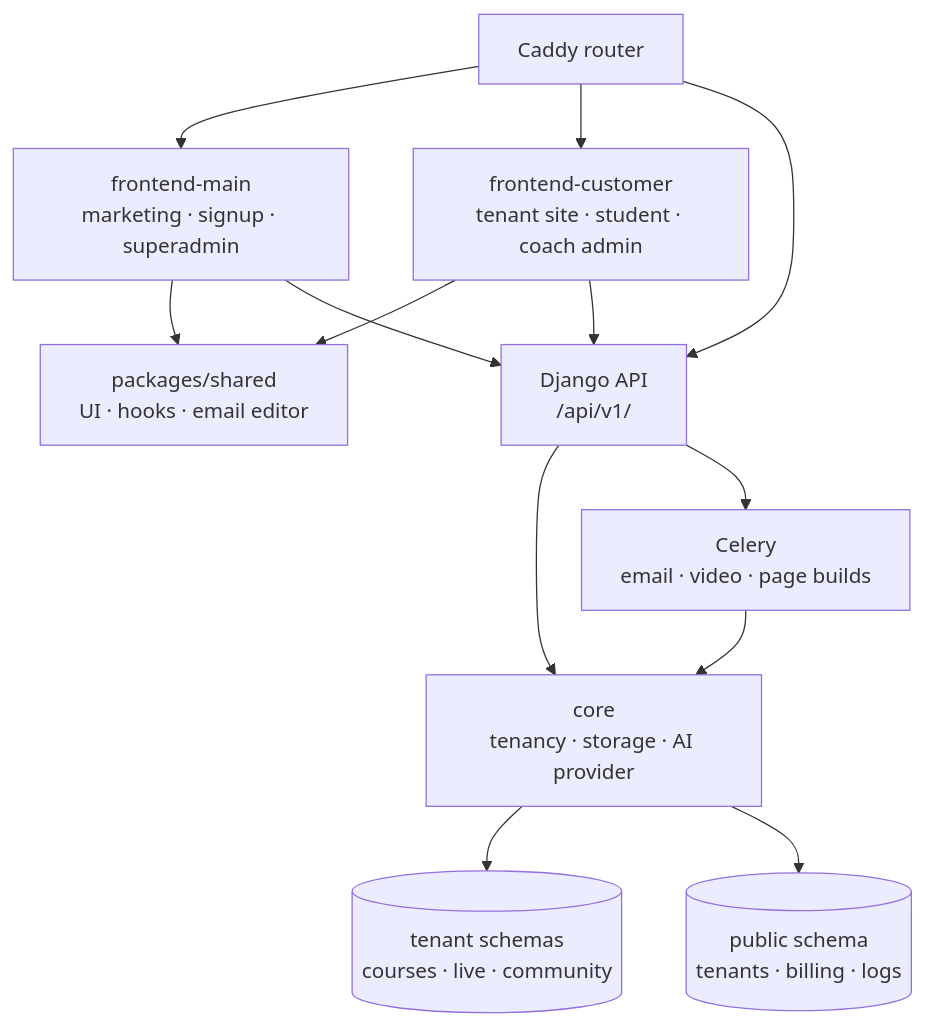
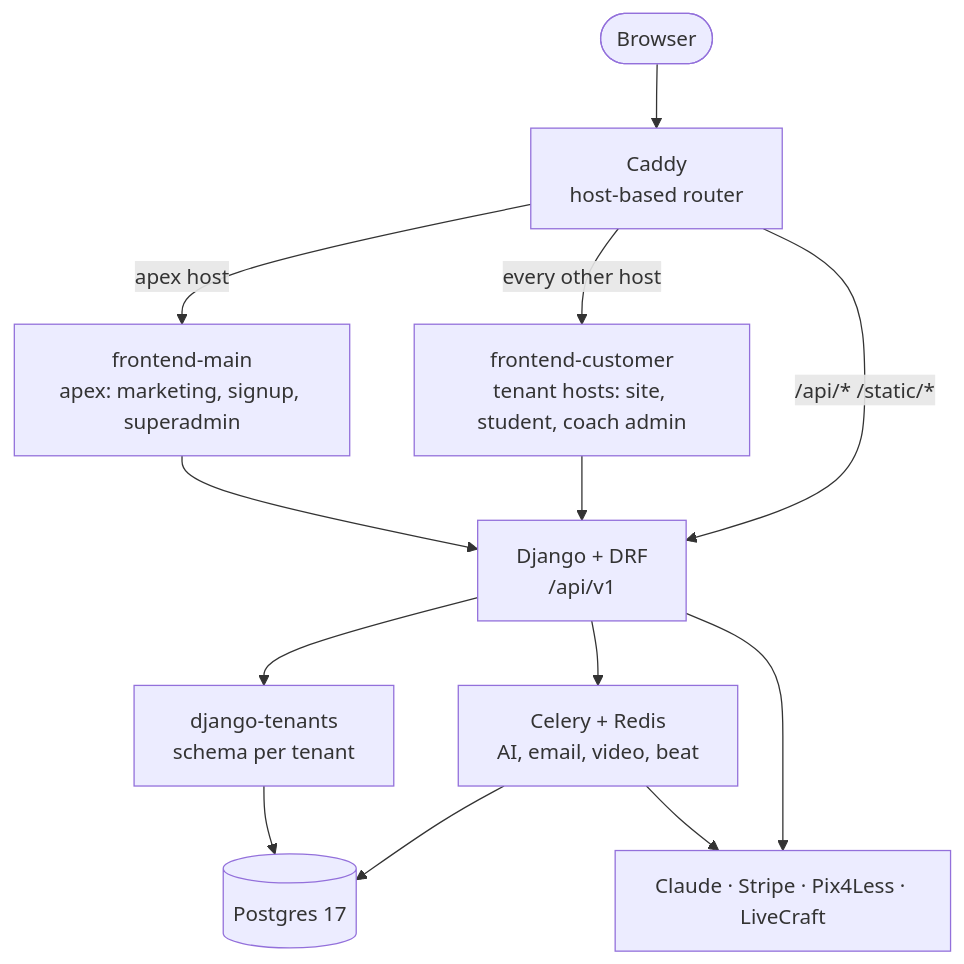
One commit to tahayusufkomur/contentor changed the diagram in docs/wiki/overview.md. Above: the diagram before and after it, drawn with Mermaid. The commit also changed other lines of this file, not shown here.

````diff
--- a/docs/wiki/overview.md
+++ b/docs/wiki/overview.md
@@ -11,25 +11,23 @@
 ```mermaid
-graph TD
-    Caddy[Caddy router]
-    Main[frontend-main<br/>marketing · signup · superadmin]
-    Customer[frontend-customer<br/>tenant site · student · coach admin]
-    Shared[packages/shared<br/>UI · hooks · email editor]
-    Django[Django API<br/>/api/v1/]
-    Core[core<br/>tenancy · storage · AI provider]
-    Tenant[(tenant schemas<br/>courses · live · community)]
-    Public[(public schema<br/>tenants · billing · logs)]
-    Celery[Celery<br/>email · video · page builds]
+flowchart TB
+    B([Browser])
+    Caddy[Caddy<br/>host-based router]
+    Main[frontend-main<br/>apex: marketing, signup, superadmin]
+    Cust[frontend-customer<br/>tenant hosts: site, student, coach admin]
+    API[Django + DRF<br/>/api/v1]
+    Tenancy[django-tenants<br/>schema per tenant]
+    PG[(Postgres 17)]
+    Celery[Celery + Redis<br/>AI, email, video, beat]
+    Ext[Claude · Stripe · Pix4Less · LiveCraft]
 
-    Caddy --> Main
-    Caddy --> Customer
-    Caddy --> Django
-    Main --> Shared
-    Customer --> Shared
-    Main --> Django
-    Customer --> Django
-    Django --> Core
-    Core --> Tenant
-    Core --> Public
-    Django --> Celery
-    Celery --> Core
+    B --> Caddy
+    Caddy -->|apex host| Main
+    Caddy -->|every other host| Cust
+    Caddy -->|/api/* /static/*| API
+    Main --> API
+    Cust --> API
+    API --> Tenancy --> PG
+    API --> Celery --> PG
+    API --> Ext
+    Celery --> Ext
 ```
````
